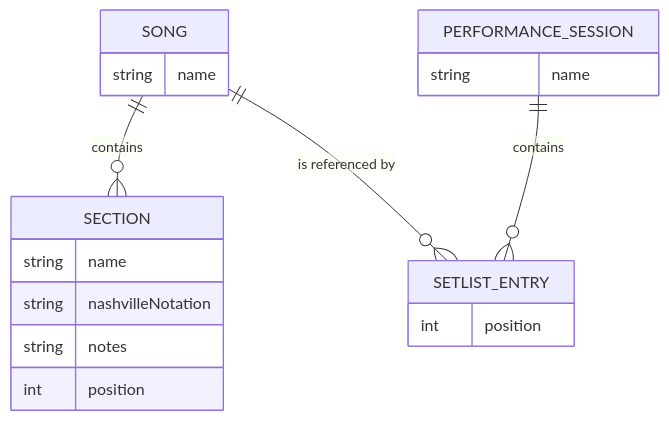
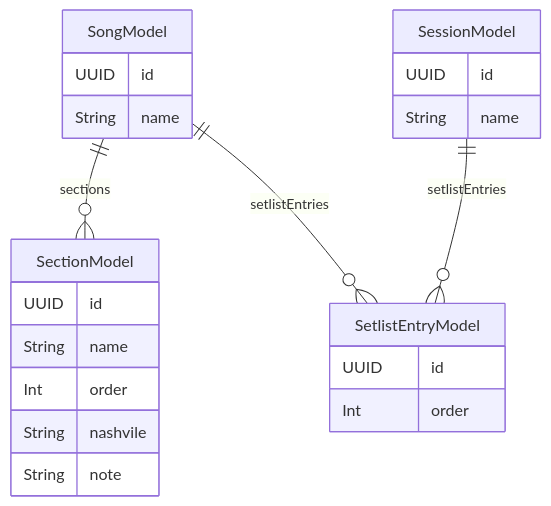
Before and after one commit to C5-Cihuy/testing: the diagram in ERD.mmd, drawn with Mermaid.

Commit message:
docs(erd): align diagram with current models

```diff
--- a/ERD.mmd
+++ b/ERD.mmd
@@ -1,33 +1,38 @@
 erDiagram
-    %% Conceptual model: attribute types describe values, not database-specific types.
-    %% Songs and performance sessions may initially be empty.
-    %% Section positions are unique within a song.
-    %% Setlist entry positions are unique within a performance session.
+    %% Model names and stored attributes match SharedContent/Models.
+    %% Relationship properties are represented by edges, not scalar attributes.
+    %% Songs and sessions may initially be empty.
+    %% Sections require a song; setlist entries require both a session and a song.
+    %% Order values are not constrained to be unique by the models.
     %% Repeated sections are separate records; repeated setlist entries share a song.
-    %% Nashville notation is display-only text.
+    %% nashvile and note are stored strings; their spelling matches SectionModel.
     %% Deleting a song deletes its sections and all referencing setlist entries.
     %% Deleting a performance session deletes its entries, but preserves songs.
     %% Deleting an entry preserves its song; deleting a section affects only that section.
 
-    SONG ||--o{ SECTION : contains
-    PERFORMANCE_SESSION ||--o{ SETLIST_ENTRY : contains
-    SONG ||--o{ SETLIST_ENTRY : "is referenced by"
+    SongModel ||--o{ SectionModel : sections
+    SessionModel ||--o{ SetlistEntryModel : setlistEntries
+    SongModel ||--o{ SetlistEntryModel : setlistEntries
 
-    SONG {
-        string name
+    SongModel {
+        UUID id
+        String name
     }
 
-    SECTION {
-        string name
-        string nashvilleNotation
-        string notes
-        int position
+    SectionModel {
+        UUID id
+        String name
+        Int order
+        String nashvile
+        String note
     }
 
-    PERFORMANCE_SESSION {
-        string name
+    SessionModel {
+        UUID id
+        String name
     }
 
-    SETLIST_ENTRY {
-        int position
+    SetlistEntryModel {
+        UUID id
+        Int order
     }
```
